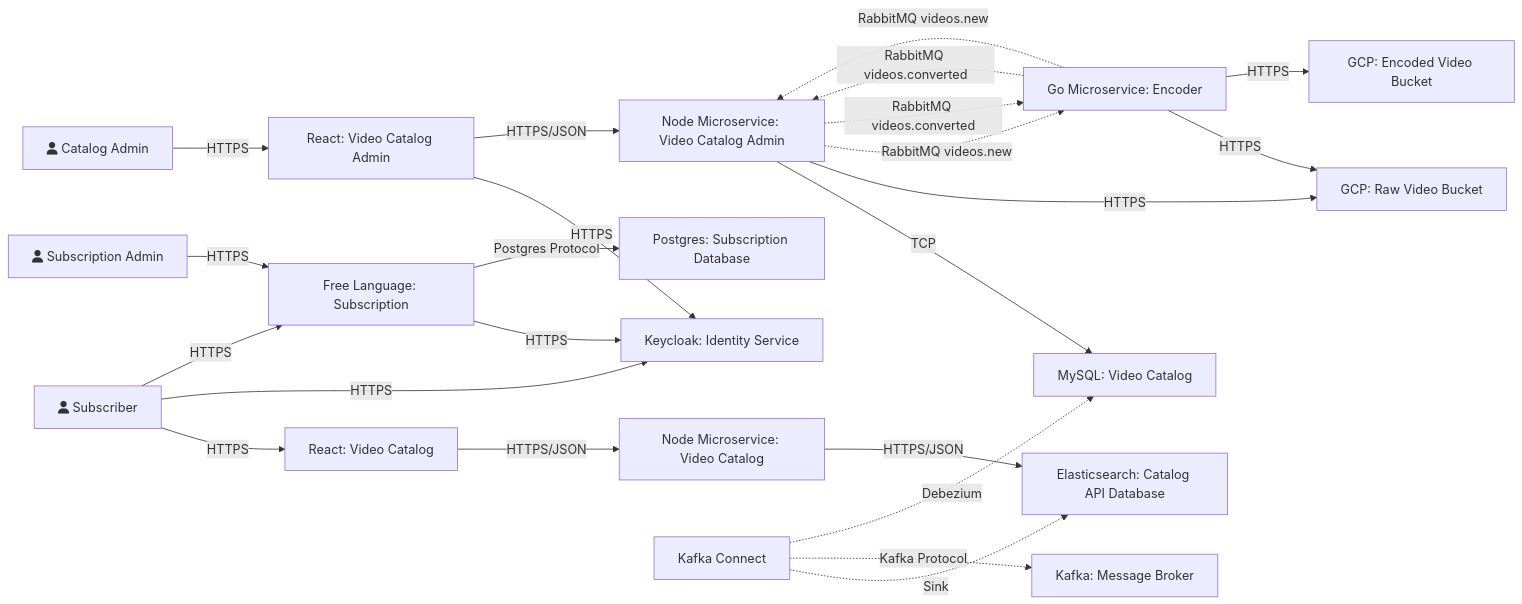
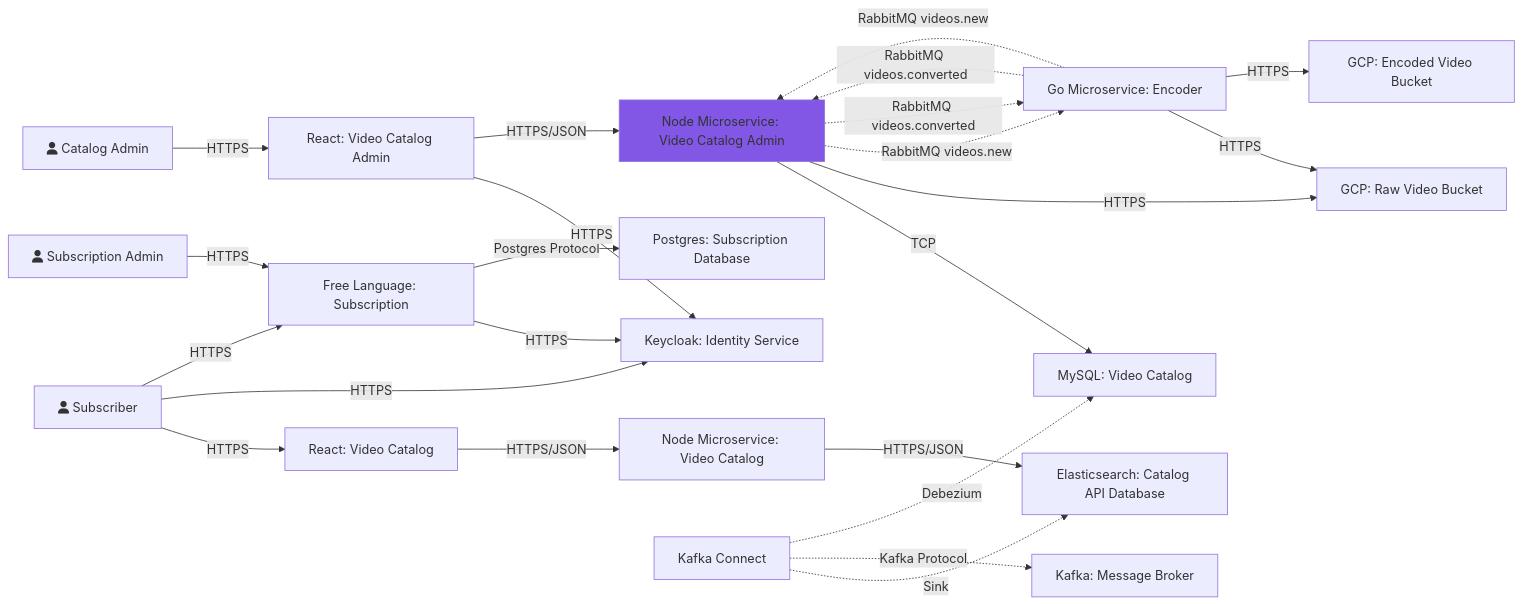
Before and after one commit to ayrtonbsouza/codeflix-catalog-admin-microservice: the diagram in README.md, drawn with Mermaid. The commit also changed other lines of this file and 1 other file, not shown here.

````diff
--- a/README.md
+++ b/README.md
@@ -57,25 +58,26 @@
 ```mermaid
 graph LR
 A[fa:fa-user Subscriber] -->|HTTPS| B[React: Video Catalog]
 A -->|HTTPS| C[Keycloak: Identity Service]
 A -->|HTTPS| F[Free Language: Subscription]
 B -->|HTTPS/JSON| D[Node Microservice: Video Catalog]
 D -->|HTTPS/JSON| E[Elasticsearch: Catalog API Database]
 G[fa:fa-user Subscription Admin] -->|HTTPS| F
 F -->|HTTPS| C
 F -->|Postgres Protocol|H[Postgres: Subscription Database]
 I[fa:fa-user Catalog Admin] -->|HTTPS|J[React: Video Catalog Admin]
 J -->|HTTPS|C
 J -->|HTTPS/JSON|K[Node Microservice: Video Catalog Admin]
+style K fill:#8257e5
 K -->|TCP|L[MySQL: Video Catalog]
 K -->|HTTPS|M[GCP: Raw Video Bucket]
 K -.->|RabbitMQ videos.new|N[Go Microservice: Encoder]
 K -.->|RabbitMQ videos.converted|N
 N -.->|RabbitMQ videos.converted|K
 N -.->|RabbitMQ videos.new|K
 N -->|HTTPS|M
 N -->|HTTPS|O[GCP: Encoded Video Bucket]
 P[Kafka Connect]-.->|Sink|E
 P -.->|Kafka Protocol|Q[Kafka: Message Broker]
 P -.->|Debezium| L
 ```
````
